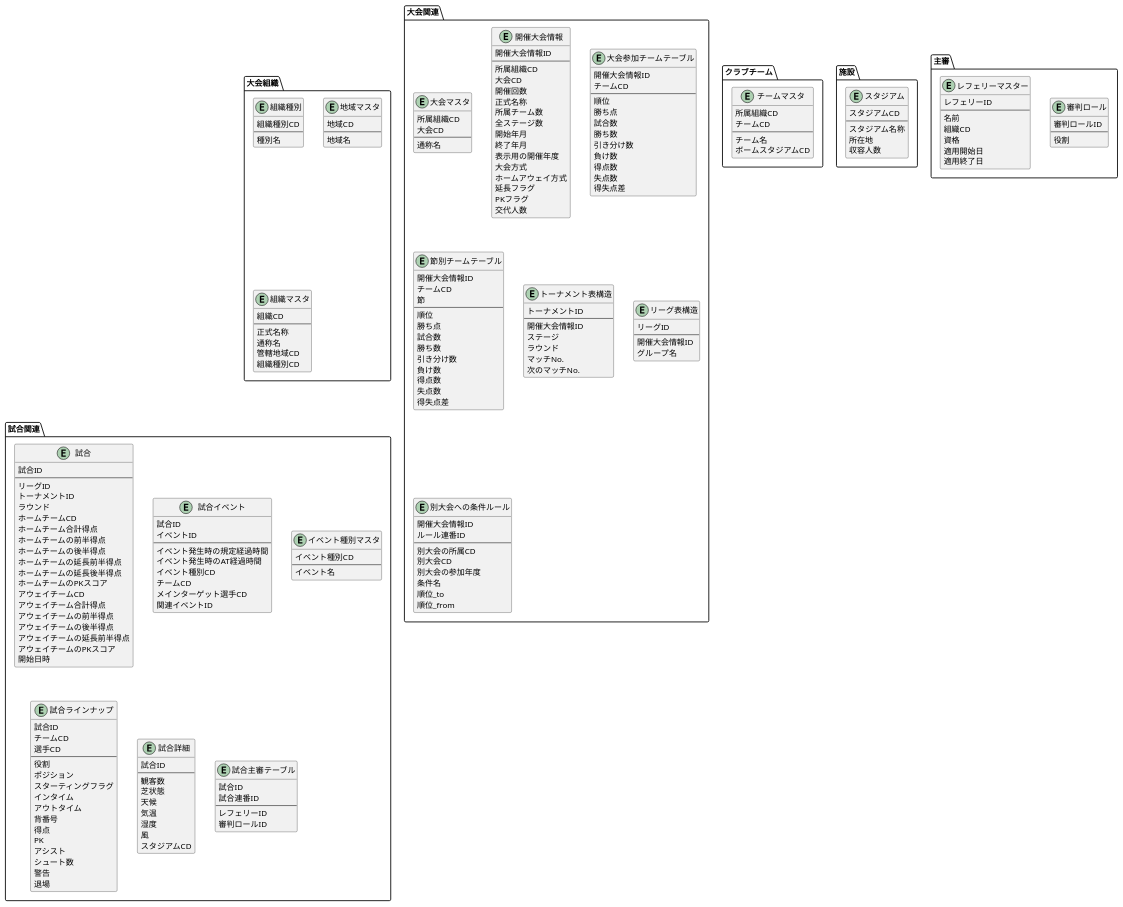
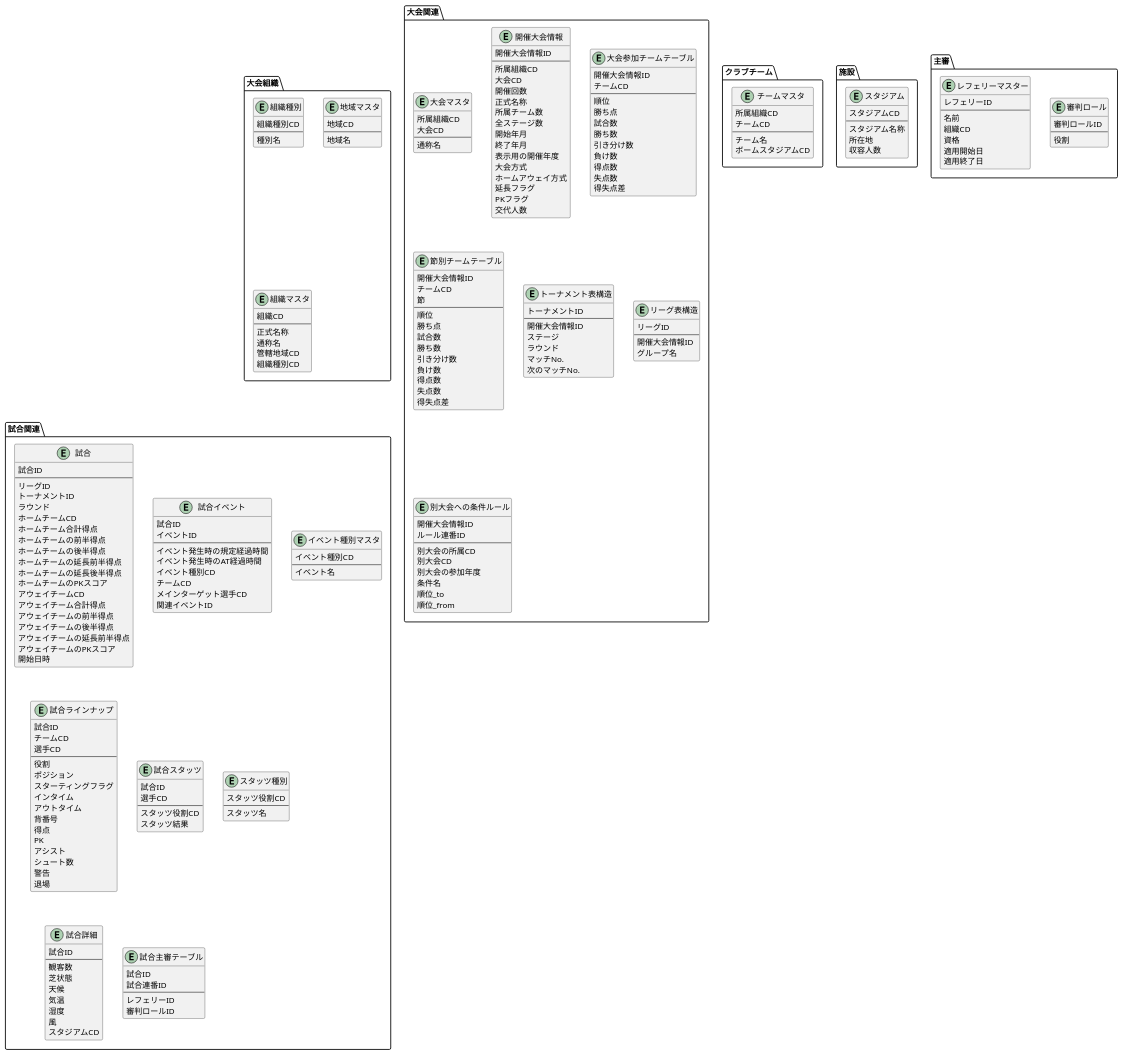
The diagram in soccker_db.puml (LCC-SYamada/SocckerDB_PlantUML), drawn with PlantUML before and after one commit. The commit also changed 1 other file, not shown here.

```diff
--- a/soccker_db.puml
+++ b/soccker_db.puml
@@ -191,6 +191,20 @@
     退場
   }
 
+  Entity "試合スタッツ" as MatchStats {
+    試合ID
+    選手CD
+    --
+    スタッツ役割CD
+    スタッツ結果
+  }
+
+  Entity "スタッツ種別" as StatsMaster {
+    スタッツ役割CD
+    --
+    スタッツ名
+  }
+
   Entity "試合詳細" as MatchInfo {
     試合ID
     --
```
